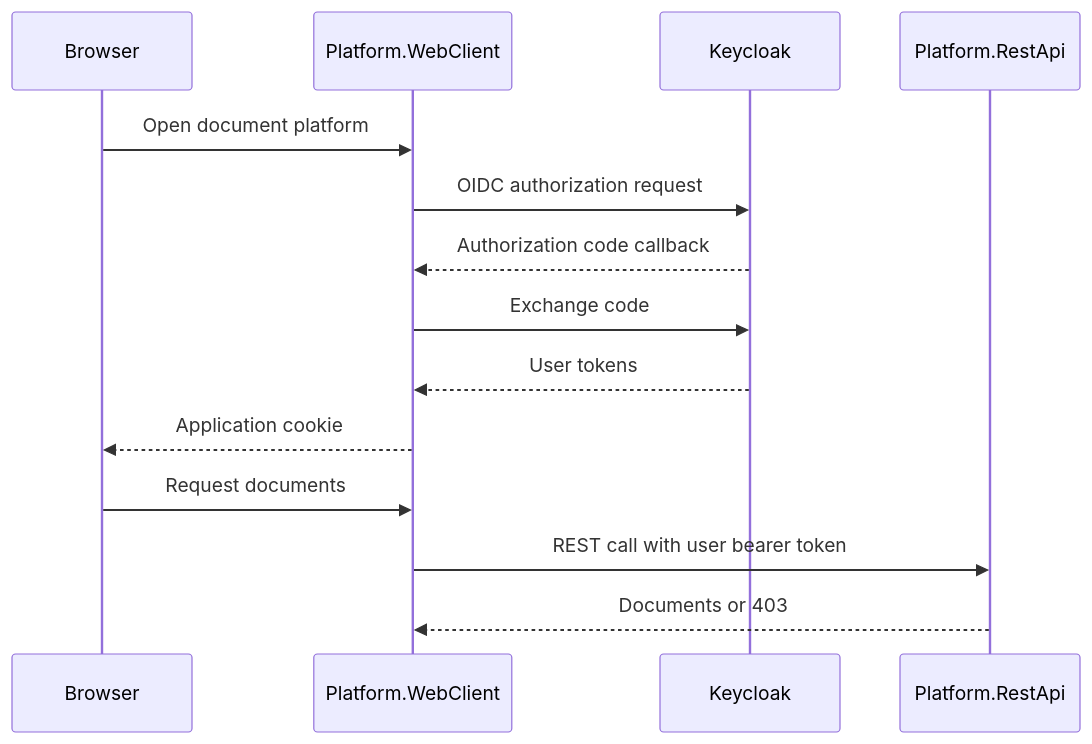
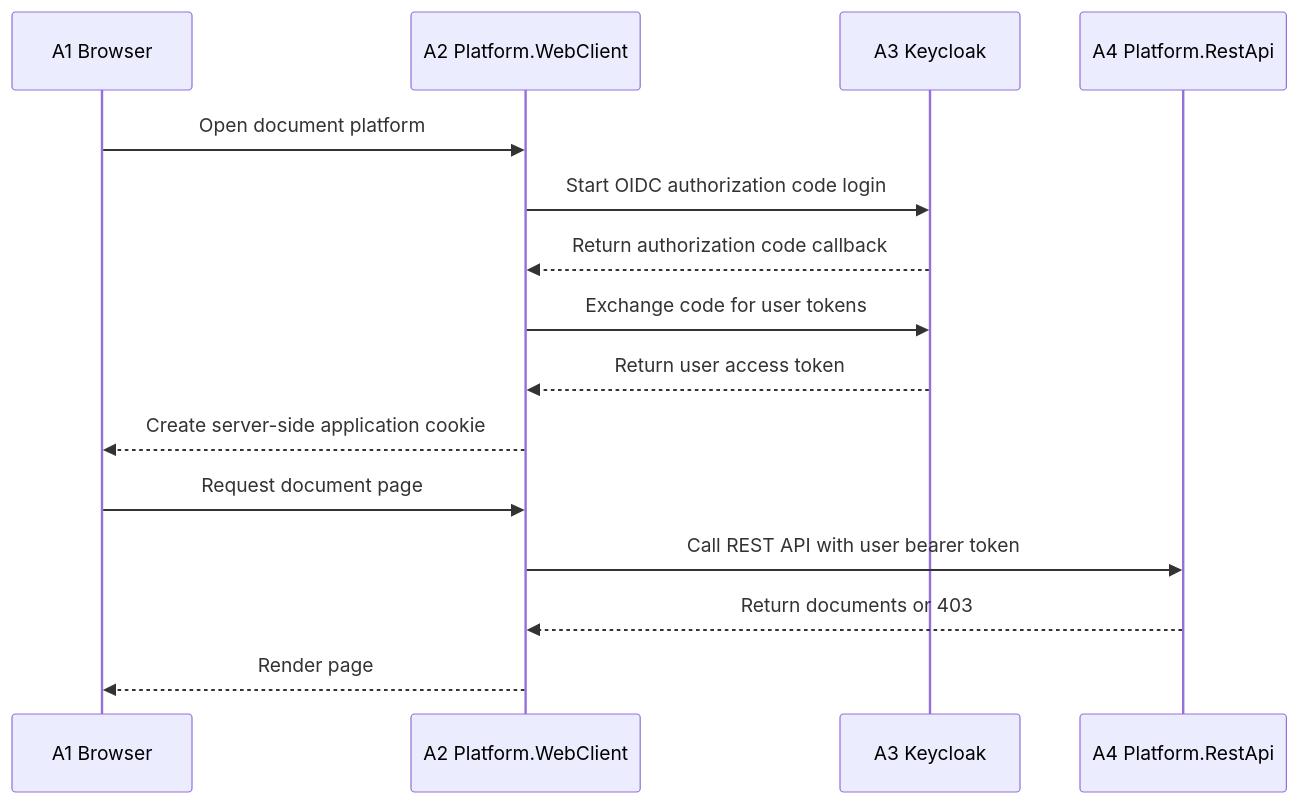
The second of 3 diagrams in README.md (haoyucheng369-gif/document-platform-integration), drawn with Mermaid before and after one commit. The commit also changed other lines of this file, not shown here.

Commit message:
Clarify README flow diagrams

````diff
--- a/README.md
+++ b/README.md
@@ -50,17 +45,18 @@
 ```mermaid
 sequenceDiagram
-    participant Browser
-    participant Web as Platform.WebClient
-    participant IdP as Keycloak
-    participant API as Platform.RestApi
+    participant A1 as A1 Browser
+    participant A2 as A2 Platform.WebClient
+    participant A3 as A3 Keycloak
+    participant A4 as A4 Platform.RestApi
 
-    Browser->>Web: Open document platform
-    Web->>IdP: OIDC authorization request
-    IdP-->>Web: Authorization code callback
-    Web->>IdP: Exchange code
-    IdP-->>Web: User tokens
-    Web-->>Browser: Application cookie
-    Browser->>Web: Request documents
-    Web->>API: REST call with user bearer token
-    API-->>Web: Documents or 403
+    A1->>A2: Open document platform
+    A2->>A3: Start OIDC authorization code login
+    A3-->>A2: Return authorization code callback
+    A2->>A3: Exchange code for user tokens
+    A3-->>A2: Return user access token
+    A2-->>A1: Create server-side application cookie
+    A1->>A2: Request document page
+    A2->>A4: Call REST API with user bearer token
+    A4-->>A2: Return documents or 403
+    A2-->>A1: Render page
 ```
````
